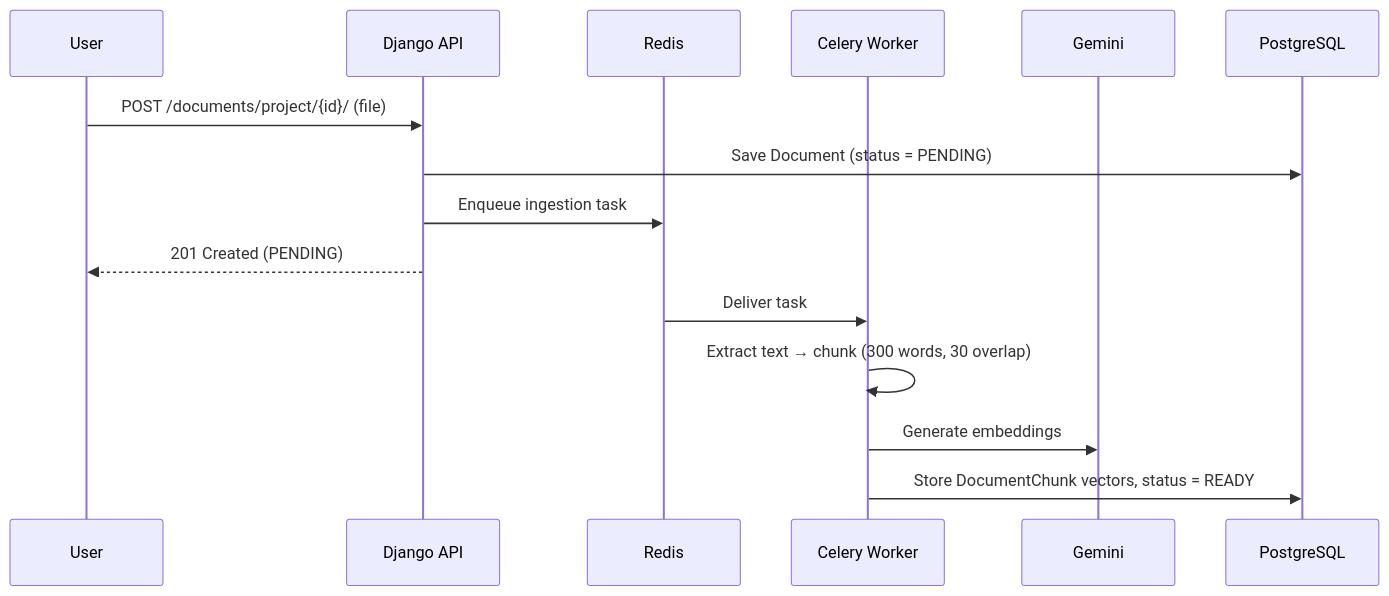
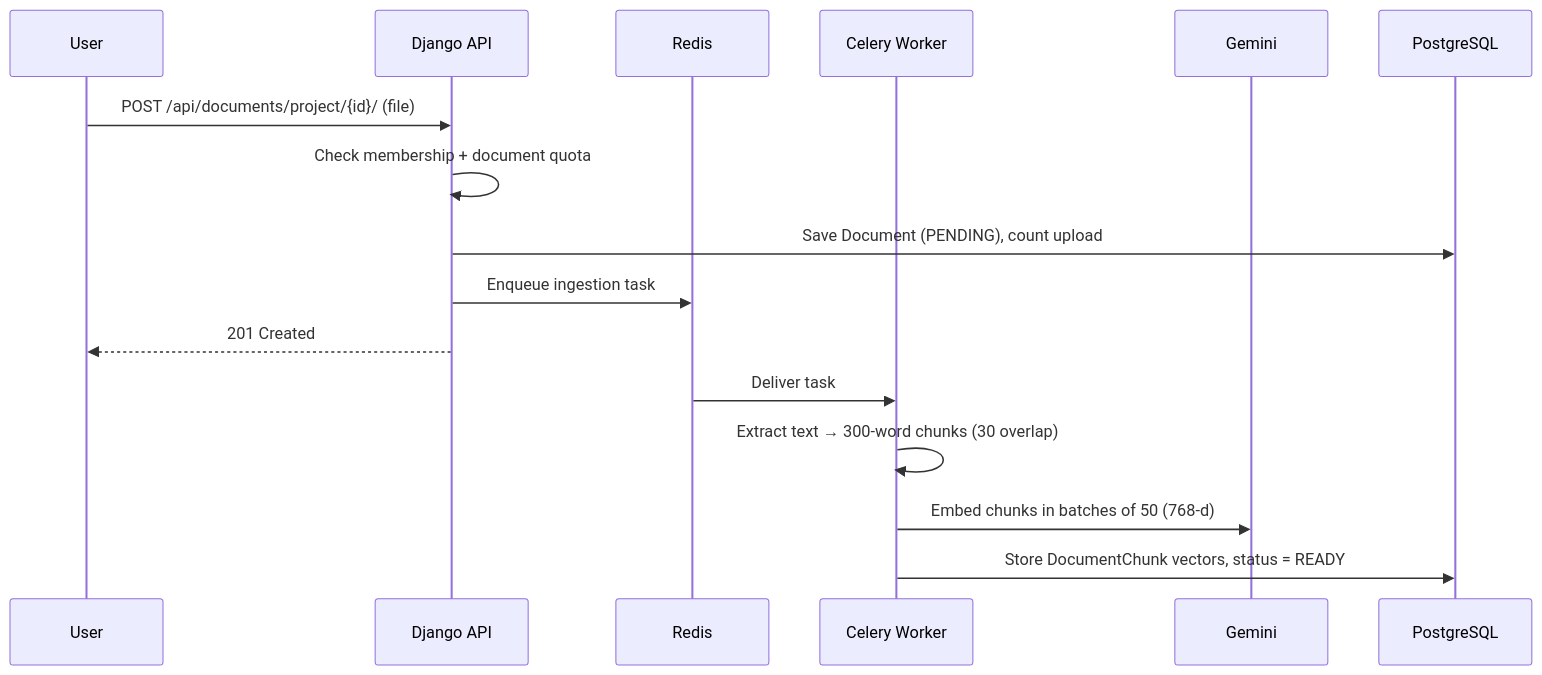
The second of 3 diagrams in README.md (ShashankSingh2020/multi-tenant-rag-engine), drawn with Mermaid before and after one commit. The commit also changed other lines of this file, not shown here.

````diff
--- a/README.md
+++ b/README.md
@@ -76,18 +79,19 @@
 ```mermaid
 sequenceDiagram
     participant U as User
     participant A as Django API
     participant R as Redis
     participant W as Celery Worker
     participant G as Gemini
     participant D as PostgreSQL
 
-    U->>A: POST /documents/project/{id}/ (file)
-    A->>D: Save Document (status = PENDING)
+    U->>A: POST /api/documents/project/{id}/ (file)
+    A->>A: Check membership + document quota
+    A->>D: Save Document (PENDING), count upload
     A->>R: Enqueue ingestion task
-    A-->>U: 201 Created (PENDING)
+    A-->>U: 201 Created
     R->>W: Deliver task
-    W->>W: Extract text → chunk (300 words, 30 overlap)
-    W->>G: Generate embeddings
+    W->>W: Extract text → 300-word chunks (30 overlap)
+    W->>G: Embed chunks in batches of 50 (768-d)
     W->>D: Store DocumentChunk vectors, status = READY
 ```
````
